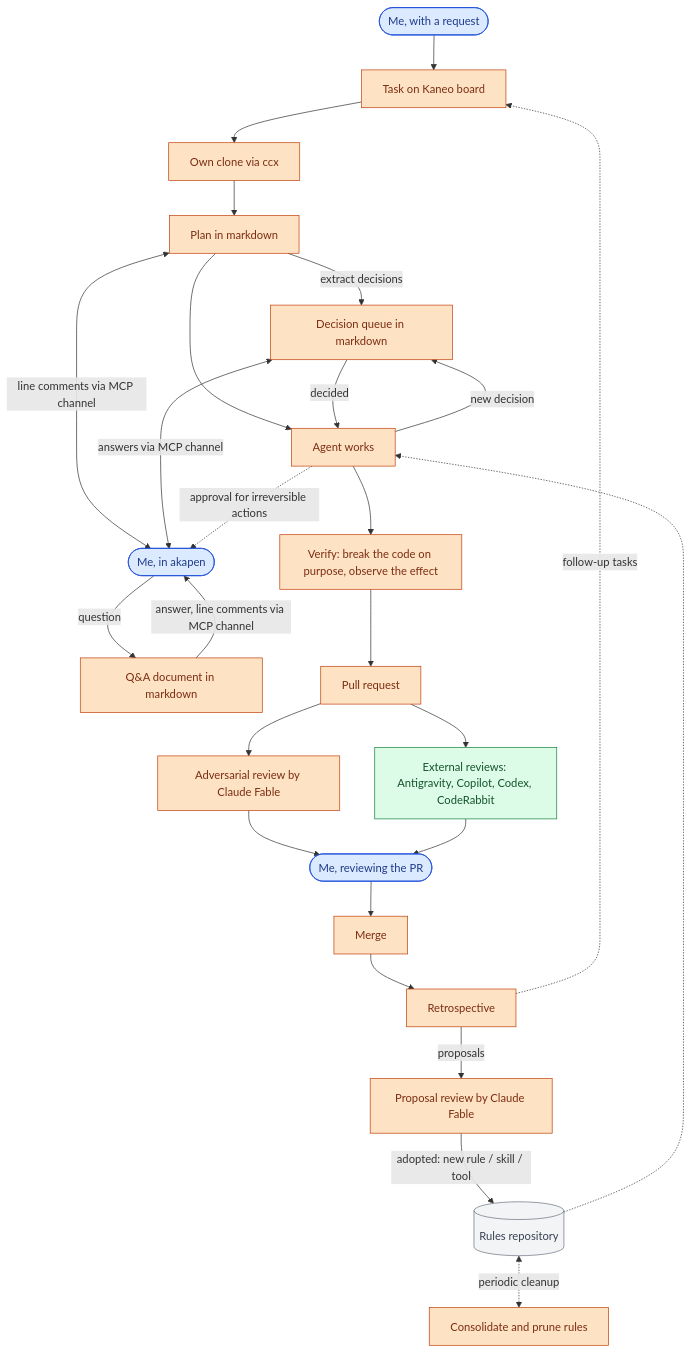
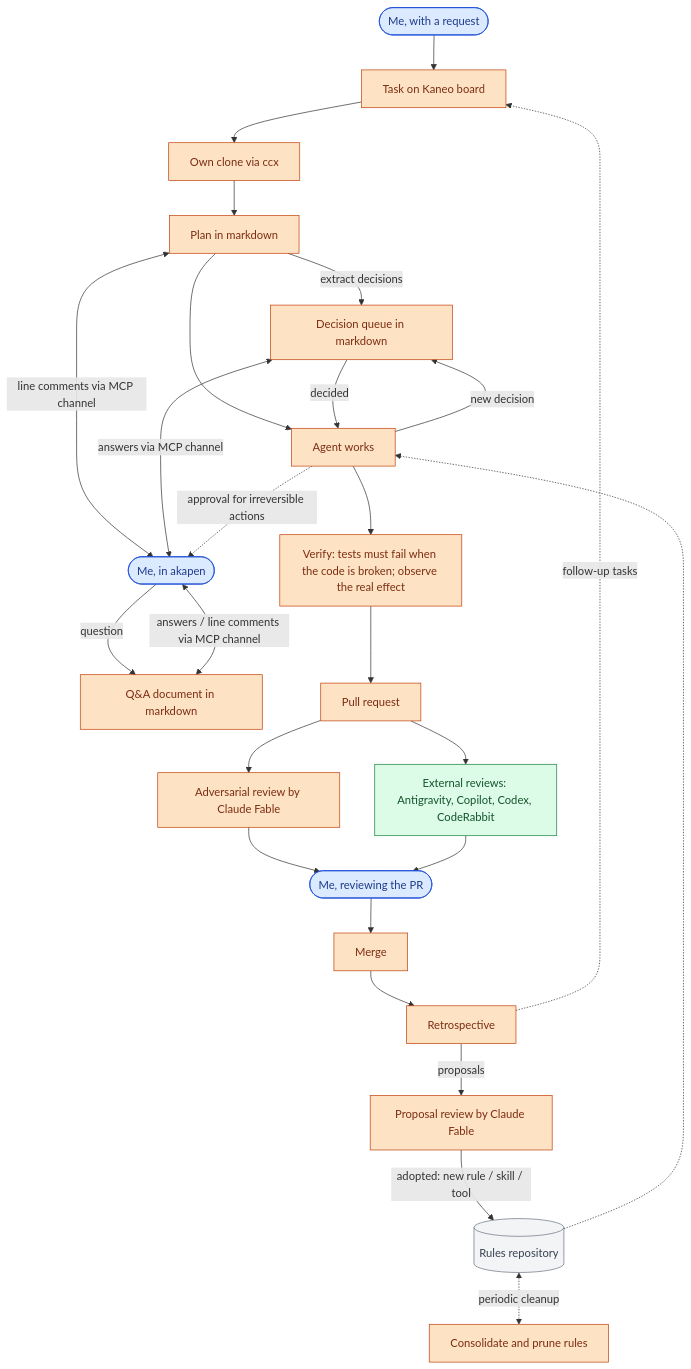
Before and after one commit to TakashiAihara/profile.takashiaihara.site: the diagram in src/pages/workflow.md, drawn with Mermaid. The commit also changed other lines of this file and 2 other files, not shown here.

Commit message:
fix: address review on workflow page (a11y summary, Q&A arrow, verify label, JST dates, props type)
sid: WH5KIB
Claude-Session: https://claude.ai/code/session_01ToaAV7JAc6DQPwKjMsDghs

```diff
--- a/src/pages/workflow.md
+++ b/src/pages/workflow.md
@@ -13,36 +15,36 @@
 <pre class="mermaid">
 flowchart TD
   req([Me, with a request]) --> task[Task on Kaneo board]
   task --> clone[Own clone via ccx]
   clone --> plan[Plan in markdown]
   plan -->|extract decisions| queue[Decision queue in markdown]
   plan <-->|line comments via MCP channel| me([Me, in akapen])
   queue <-->|answers via MCP channel| me
   plan --> work[Agent works]
   queue -->|decided| work
   work -->|new decision| queue
   me -->|question| qa[Q&A document in markdown]
-  qa -->|answer, line comments via MCP channel| me
+  qa <-->|answers / line comments via MCP channel| me
   work -.->|approval for irreversible actions| me
-  work --> verify[Verify: break the code on purpose, observe the effect]
+  work --> verify[Verify: tests must fail when the code is broken; observe the real effect]
   verify --> pr[Pull request]
   pr --> review[Adversarial review by Claude Fable]
   pr --> ext[External reviews: Antigravity, Copilot, Codex, CodeRabbit]
   review --> myreview([Me, reviewing the PR])
   ext --> myreview
   myreview --> merge[Merge]
   merge --> retro[Retrospective]
   retro -->|proposals| fable[Proposal review by Claude Fable]
   fable -->|adopted: new rule / skill / tool| rules[(Rules repository)]
   rules <-.->|periodic cleanup| cleanup[Consolidate and prune rules]
   rules -.-> work
   retro -.->|follow-up tasks| task
   classDef human fill:#dbeafe,stroke:#1d4ed8,color:#1e3a8a
   classDef claude fill:#fde2c4,stroke:#c2410c,color:#7c2d12
   classDef other fill:#dcfce7,stroke:#15803d,color:#14532d
   classDef store fill:#f3f4f6,stroke:#6b7280,color:#374151
   class req,me,myreview human
   class task,clone,plan,work,verify,queue,qa,pr,review,merge,retro,fable,cleanup claude
   class ext other
   class rules store
 </pre>
```
